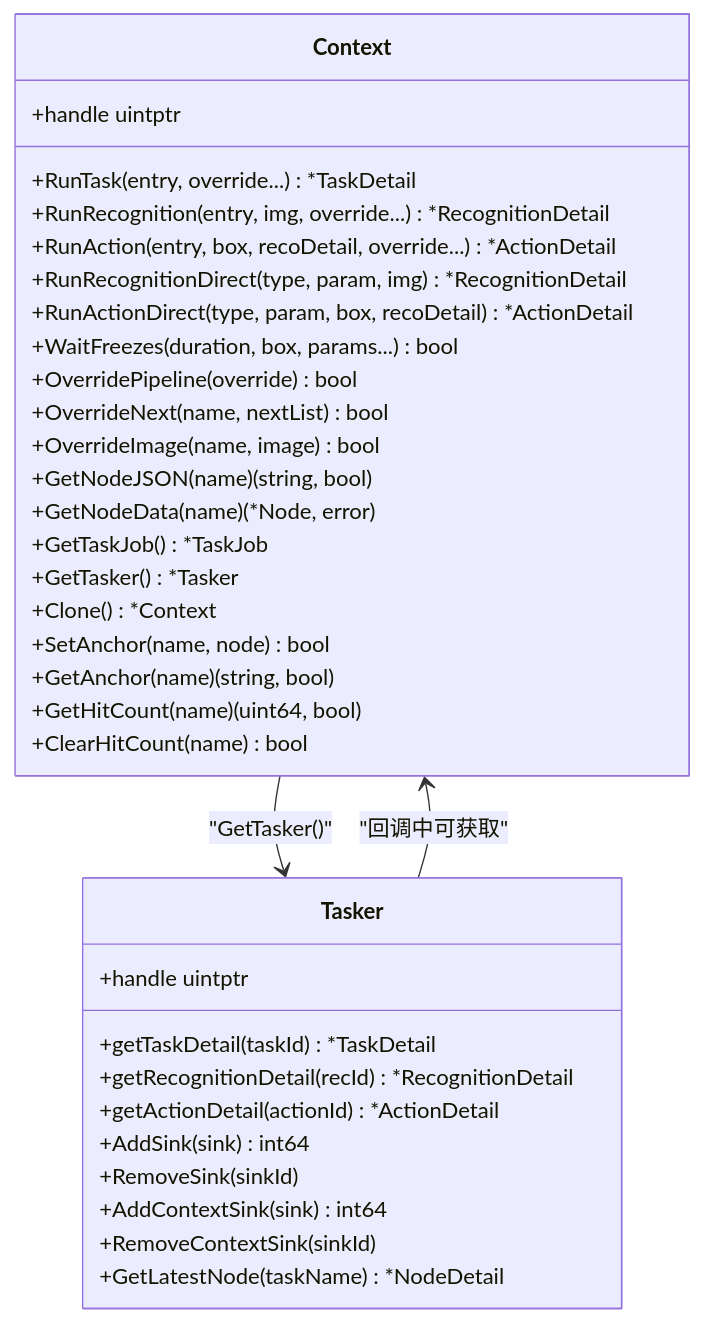
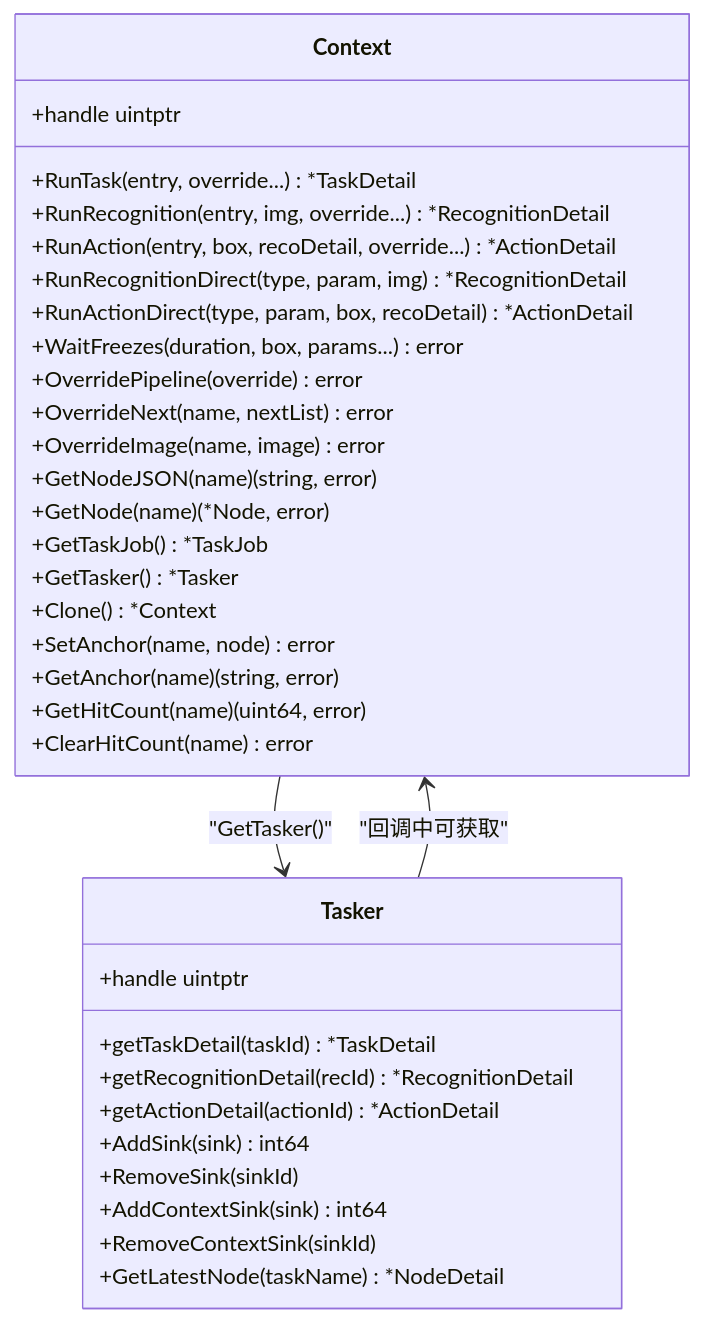
One commit to kqcoxn/MaaPipelineEditor changed the third of 6 diagrams in instructions/maafw-golang-binding/核心概念/执行上下文 (Context).md. Above: the diagram before and after it, drawn with Mermaid. The commit also changed other lines of this file and 6 other files, not shown here.

````diff
--- a/instructions/maafw-golang-binding/核心概念/执行上下文 (Context).md
+++ b/instructions/maafw-golang-binding/核心概念/执行上下文 (Context).md
@@ -198,37 +204,37 @@
 ```mermaid
 classDiagram
 class Context {
 +handle uintptr
 +RunTask(entry, override...) *TaskDetail
 +RunRecognition(entry, img, override...) *RecognitionDetail
 +RunAction(entry, box, recoDetail, override...) *ActionDetail
 +RunRecognitionDirect(type, param, img) *RecognitionDetail
 +RunActionDirect(type, param, box, recoDetail) *ActionDetail
-+WaitFreezes(duration, box, params...) bool
-+OverridePipeline(override) bool
-+OverrideNext(name, nextList) bool
-+OverrideImage(name, image) bool
-+GetNodeJSON(name) (string, bool)
-+GetNodeData(name) (*Node, error)
++WaitFreezes(duration, box, params...) error
++OverridePipeline(override) error
++OverrideNext(name, nextList) error
++OverrideImage(name, image) error
++GetNodeJSON(name) (string, error)
++GetNode(name) (*Node, error)
 +GetTaskJob() *TaskJob
 +GetTasker() *Tasker
 +Clone() *Context
-+SetAnchor(name, node) bool
-+GetAnchor(name) (string, bool)
-+GetHitCount(name) (uint64, bool)
-+ClearHitCount(name) bool
++SetAnchor(name, node) error
++GetAnchor(name) (string, error)
++GetHitCount(name) (uint64, error)
++ClearHitCount(name) error
 }
 class Tasker {
 +handle uintptr
 +getTaskDetail(taskId) *TaskDetail
 +getRecognitionDetail(recId) *RecognitionDetail
 +getActionDetail(actionId) *ActionDetail
 +AddSink(sink) int64
 +RemoveSink(sinkId)
 +AddContextSink(sink) int64
 +RemoveContextSink(sinkId)
 +GetLatestNode(taskName) *NodeDetail
 }
 Context --> Tasker : "GetTasker()"
 Tasker --> Context : "回调中可获取"
 ```
````
